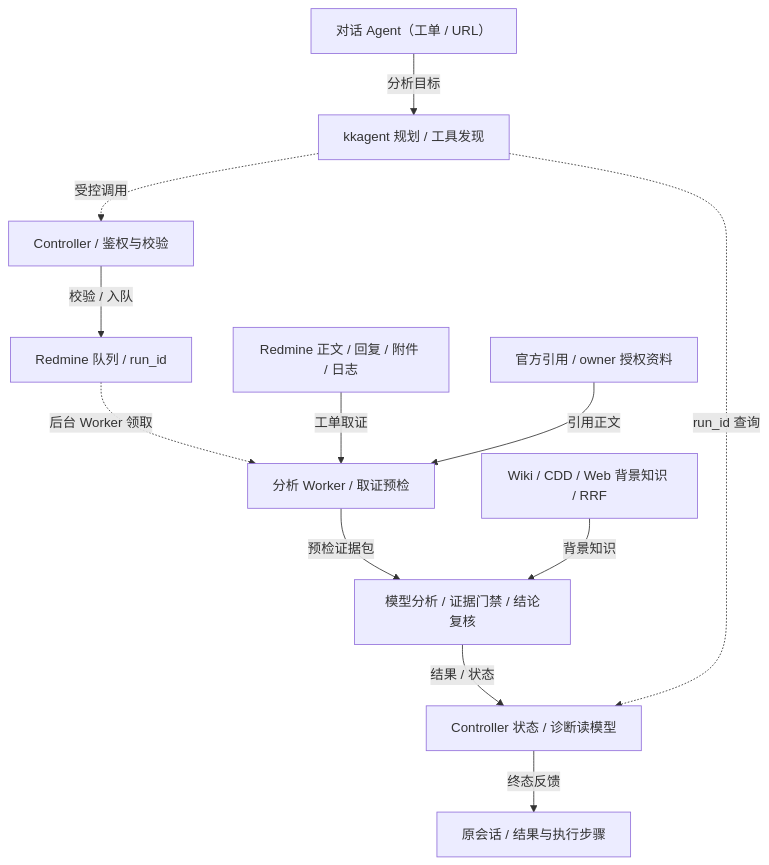
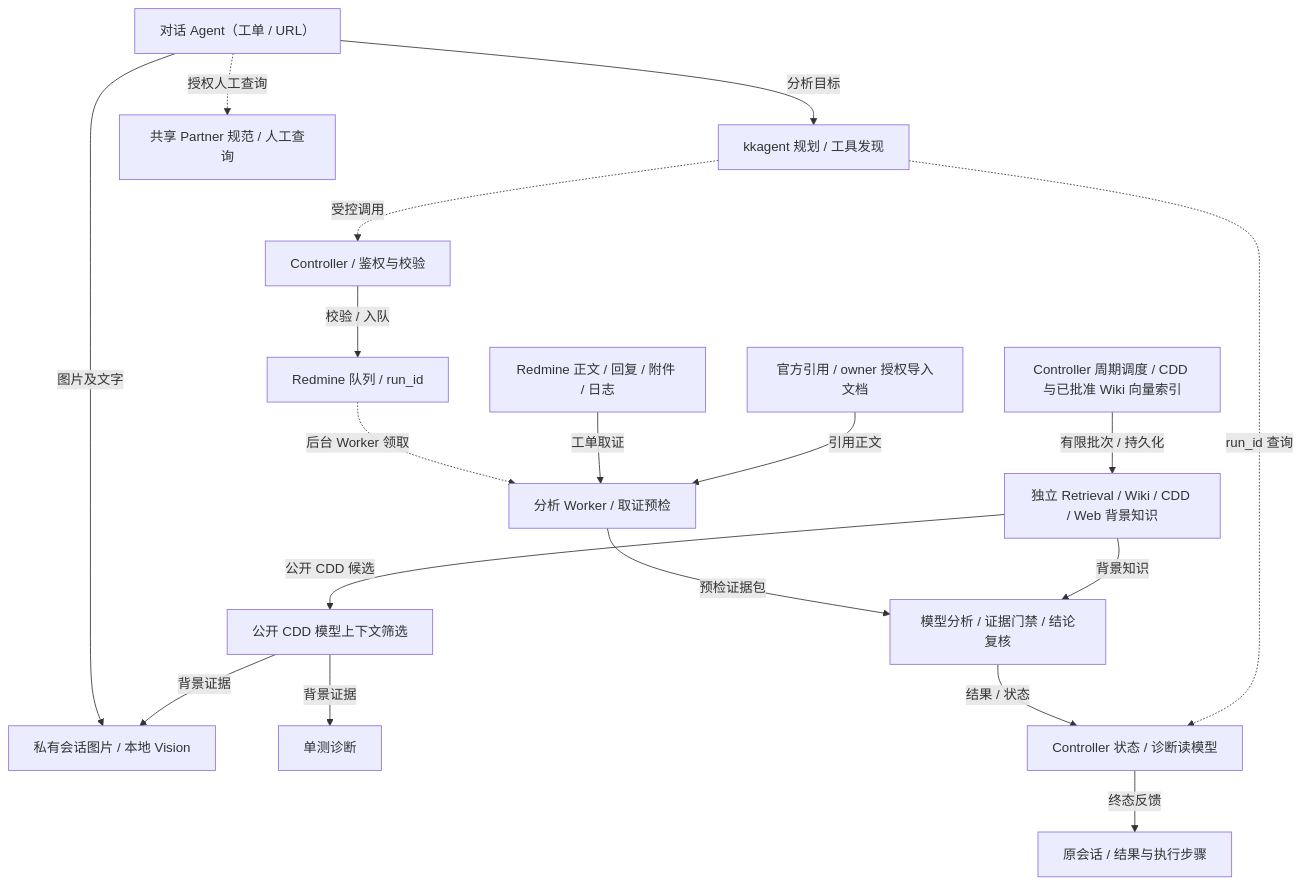
Before and after one commit to weixin1263831586/GMS_Remote_Test_Web: the diagram in docs/architecture/agent-analysis-topology.mmd, drawn with Mermaid.

Commit message:
Update canonical agent topology for local image and approved knowledge retrieval paths

```diff
--- a/docs/architecture/agent-analysis-topology.mmd
+++ b/docs/architecture/agent-analysis-topology.mmd
@@ -1,25 +1,36 @@
 %% 后台 Worker 负责取证、引用召回和复核；Agent 按 run_id 查询任务权威状态。
 flowchart TB
     Chat["对话 Agent（工单 / URL）"]
     Planner["kkagent 规划 / 工具发现"]
     Guard["Controller / 鉴权与校验"]
     Run["Redmine 队列 / run_id"]
     Collect["分析 Worker / 取证预检"]
     Evidence["Redmine 正文 / 回复 / 附件 / 日志"]
-    References["官方引用 / owner 授权资料"]
+    References["官方引用 / owner 授权导入文档"]
     Review["模型分析 / 证据门禁 / 结论复核"]
-    Knowledge["Wiki / CDD / Web 背景知识 / RRF"]
+    Knowledge["独立 Retrieval / Wiki / CDD / Web 背景知识"]
+    Index["Controller 周期调度 / CDD 与已批准 Wiki 向量索引"]
+    Image["私有会话图片 / 本地 Vision"]
+    PublicCDD["公开 CDD 模型上下文筛选"]
+    Report["单测诊断"]
+    Partner["共享 Partner 规范 / 人工查询"]
     Monitor["Controller 状态 / 诊断读模型"]
     Reply["原会话 / 结果与执行步骤"]
 
     Chat -->|"分析目标"| Planner
     Planner -.->|"受控调用"| Guard
     Guard -->|"校验 / 入队"| Run
     Run -.->|"后台 Worker 领取"| Collect
     Evidence -->|"工单取证"| Collect
     References -->|"引用正文"| Collect
     Collect -->|"预检证据包"| Review
+    Index -->|"有限批次 / 持久化"| Knowledge
     Knowledge -->|"背景知识"| Review
+    Knowledge -->|"公开 CDD 候选"| PublicCDD
+    Chat -->|"图片及文字"| Image
+    PublicCDD -->|"背景证据"| Image
+    PublicCDD -->|"背景证据"| Report
+    Chat -.->|"授权人工查询"| Partner
     Review -->|"结果 / 状态"| Monitor
     Planner -.->|"run_id 查询"| Monitor
     Monitor -->|"终态反馈"| Reply
```
